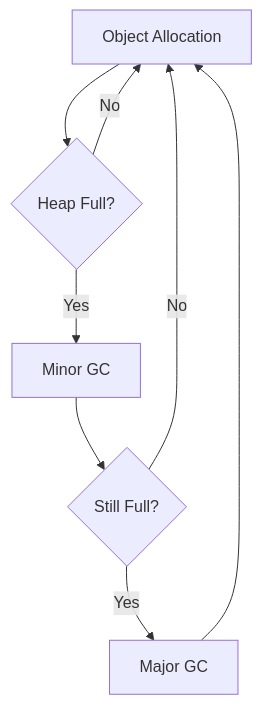
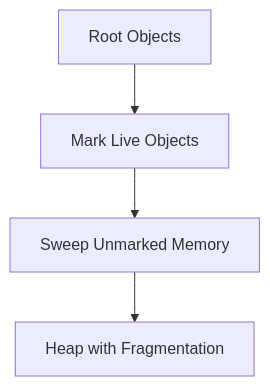
One commit to VrushankPatel/interview-matters changed the first of 3 diagrams in java/garbage-collection-algorithms/README.md. Above: the diagram before and after it, drawn with Mermaid. The commit also changed other lines of this file and 7 other files, not shown here.

````diff
--- a/java/garbage-collection-algorithms/README.md
+++ b/java/garbage-collection-algorithms/README.md
@@ -90,10 +30,6 @@
-```mermaid
-flowchart TD
-    A[Object Allocation] --> B{Heap Full?}
-    B -->|No| A
-    B -->|Yes| C[Minor GC]
-    C --> D{Still Full?}
-    D -->|No| A
-    D -->|Yes| E[Major GC]
-    E --> A
-```
+  ```mermaid
+  graph TD
+      A[Root Objects] --> B[Mark Live Objects]
+      B --> C[Sweep Unmarked Memory]
+      C --> D[Heap with Fragmentation]
+  ```
````
